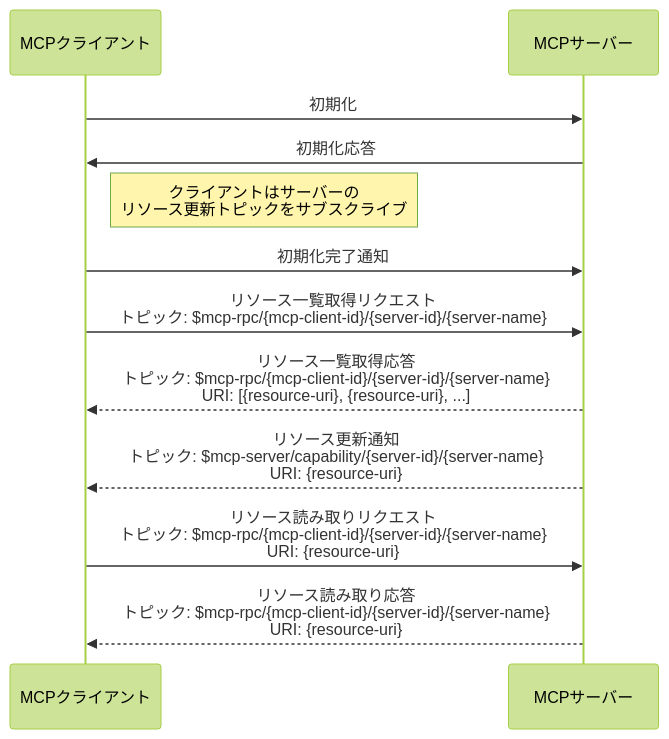
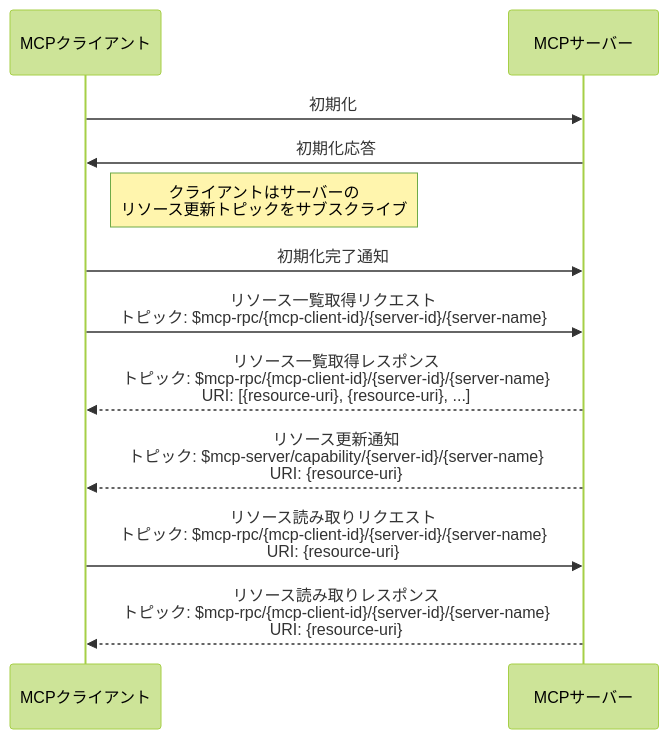
The fourth of 4 diagrams in ja_JP/develop/emqx-ai/mcp-over-mqtt/specification.md (emqx/emqx-docs), drawn with Mermaid (forest theme) before and after one commit. The commit also changed other lines of this file and 401 other files, not shown here.

````diff
--- a/ja_JP/develop/emqx-ai/mcp-over-mqtt/specification.md
+++ b/ja_JP/develop/emqx-ai/mcp-over-mqtt/specification.md
@@ -360,20 +358,20 @@
 ```mermaid
 sequenceDiagram
     participant MCP_Client as MCPクライアント
     participant MCP_Server as MCPサーバー
 
     MCP_Client ->> MCP_Server: 初期化
     MCP_Server ->> MCP_Client: 初期化応答
     Note right of MCP_Client: クライアントはサーバーの<br/>リソース更新トピックをサブスクライブ
     MCP_Client ->> MCP_Server: 初期化完了通知
 
     MCP_Client ->> MCP_Server: リソース一覧取得リクエスト<br/>トピック: $mcp-rpc/{mcp-client-id}/{server-id}/{server-name}
 
-    MCP_Server -->> MCP_Client: リソース一覧取得応答<br/>トピック: $mcp-rpc/{mcp-client-id}/{server-id}/{server-name}<br/>URI: [{resource-uri}, {resource-uri}, ...]
+    MCP_Server -->> MCP_Client: リソース一覧取得レスポンス<br/>トピック: $mcp-rpc/{mcp-client-id}/{server-id}/{server-name}<br/>URI: [{resource-uri}, {resource-uri}, ...]
 
     MCP_Server -->> MCP_Client: リソース更新通知<br/>トピック: $mcp-server/capability/{server-id}/{server-name}<br/>URI: {resource-uri}
 
     MCP_Client ->> MCP_Server: リソース読み取りリクエスト<br/>トピック: $mcp-rpc/{mcp-client-id}/{server-id}/{server-name}<br/>URI: {resource-uri}
 
-    MCP_Server -->> MCP_Client: リソース読み取り応答<br/>トピック: $mcp-rpc/{mcp-client-id}/{server-id}/{server-name}<br/>URI: {resource-uri}
+    MCP_Server -->> MCP_Client: リソース読み取りレスポンス<br/>トピック: $mcp-rpc/{mcp-client-id}/{server-id}/{server-name}<br/>URI: {resource-uri}
 ```
````
